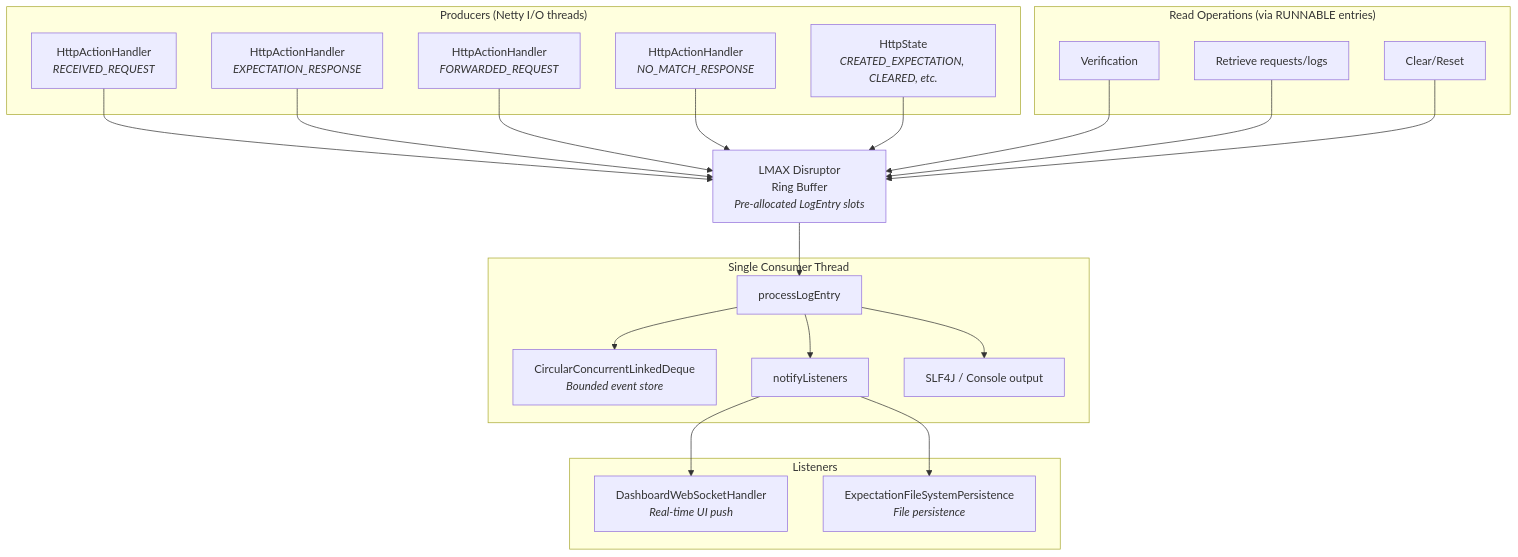
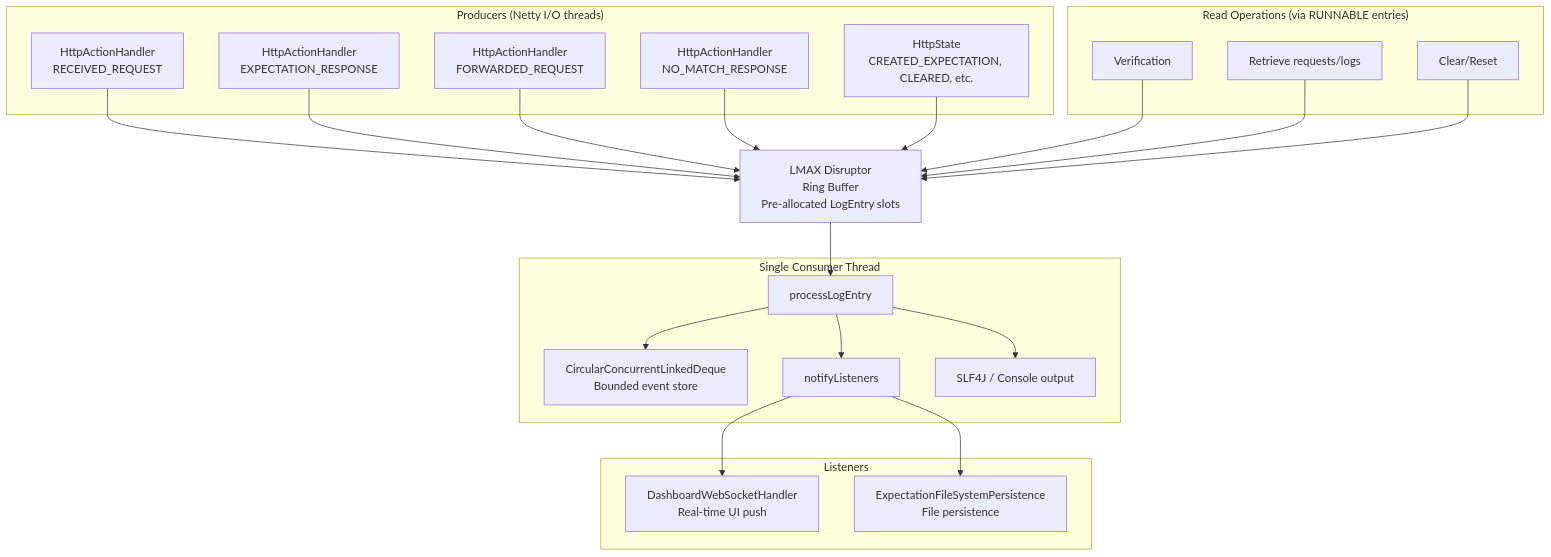
Before and after one commit to mock-server/mockserver: the first of 6 diagrams in docs/code/event-system.md, drawn with Mermaid. The commit also changed other lines of this file and 21 other files, not shown here.

First line of the commit message:
fix(docs): remove HTML tags from Mermaid diagrams to fix GitHub rendering

````diff
--- a/docs/code/event-system.md
+++ b/docs/code/event-system.md
@@ -7,45 +7,55 @@
 ```mermaid
 graph TB
     subgraph "Producers (Netty I/O threads)"
-        P1[HttpActionHandler<br/><i>RECEIVED_REQUEST</i>]
-        P2[HttpActionHandler<br/><i>EXPECTATION_RESPONSE</i>]
-        P3[HttpActionHandler<br/><i>FORWARDED_REQUEST</i>]
-        P4[HttpActionHandler<br/><i>NO_MATCH_RESPONSE</i>]
-        P5[HttpState<br/><i>CREATED_EXPECTATION, CLEARED, etc.</i>]
+        P1["HttpActionHandler
+RECEIVED_REQUEST"]
+        P2["HttpActionHandler
+EXPECTATION_RESPONSE"]
+        P3["HttpActionHandler
+FORWARDED_REQUEST"]
+        P4["HttpActionHandler
+NO_MATCH_RESPONSE"]
+        P5["HttpState
+CREATED_EXPECTATION, CLEARED, etc."]
     end
 
-    RB[LMAX Disruptor<br/>Ring Buffer<br/><i>Pre-allocated LogEntry slots</i>]
+    RB["LMAX Disruptor
+Ring Buffer
+Pre-allocated LogEntry slots"]
 
     P1 --> RB
     P2 --> RB
     P3 --> RB
     P4 --> RB
     P5 --> RB
 
     subgraph "Single Consumer Thread"
         PROC[processLogEntry]
-        PROC --> STORE[CircularConcurrentLinkedDeque<br/><i>Bounded event store</i>]
+        PROC --> STORE["CircularConcurrentLinkedDeque
+Bounded event store"]
         PROC --> NOTIFY[notifyListeners]
         PROC --> SLF4J[SLF4J / Console output]
     end
 
     RB --> PROC
 
     subgraph "Listeners"
-        DASH[DashboardWebSocketHandler<br/><i>Real-time UI push</i>]
-        PERSIST[ExpectationFileSystemPersistence<br/><i>File persistence</i>]
+        DASH["DashboardWebSocketHandler
+Real-time UI push"]
+        PERSIST["ExpectationFileSystemPersistence
+File persistence"]
     end
 
     NOTIFY --> DASH
     NOTIFY --> PERSIST
 
     subgraph "Read Operations (via RUNNABLE entries)"
         VERIFY[Verification]
         RETRIEVE[Retrieve requests/logs]
         CLEAR[Clear/Reset]
     end
 
     VERIFY --> RB
     RETRIEVE --> RB
     CLEAR --> RB
 ```
````
